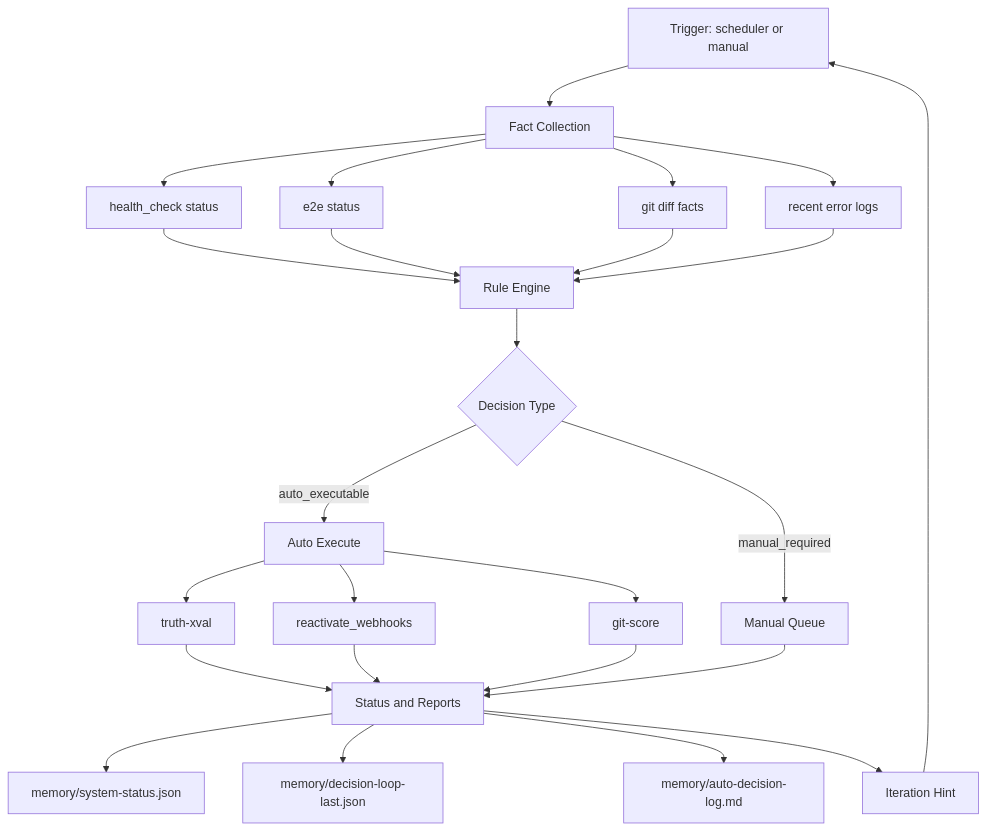
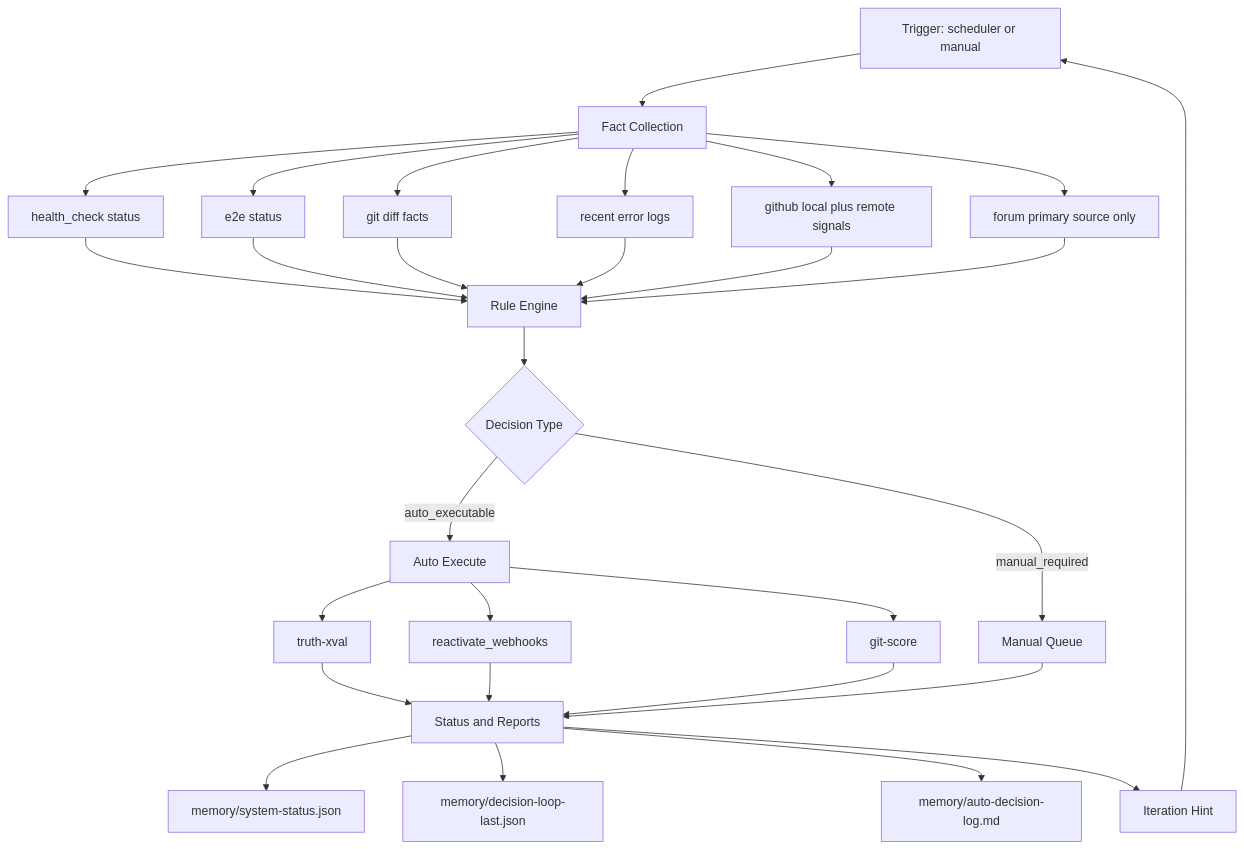
Before and after one commit to RYN6666999/meta-agent: the first of 3 diagrams in docs/project-execution-flow.md, drawn with Mermaid. The commit also changed other lines of this file and 13 other files, not shown here.

````diff
--- a/docs/project-execution-flow.md
+++ b/docs/project-execution-flow.md
@@ -8,44 +9,48 @@
 ```mermaid
 flowchart TD
     T[Trigger: scheduler or manual]
     F[Fact Collection]
     R[Rule Engine]
     D{Decision Type}
     A[Auto Execute]
     M[Manual Queue]
     S[Status and Reports]
     I[Iteration Hint]
 
     T --> F
 
     F --> F1[health_check status]
     F --> F2[e2e status]
     F --> F3[git diff facts]
     F --> F4[recent error logs]
+    F --> F5[github local plus remote signals]
+    F --> F6[forum primary source only]
 
     F1 --> R
     F2 --> R
     F3 --> R
     F4 --> R
+    F5 --> R
+    F6 --> R
 
     R --> D
 
     D -- auto_executable --> A
     D -- manual_required --> M
 
     A --> A1[truth-xval]
     A --> A2[reactivate_webhooks]
     A --> A3[git-score]
 
     A1 --> S
     A2 --> S
     A3 --> S
     M --> S
 
     S --> S1[memory/system-status.json]
     S --> S2[memory/decision-loop-last.json]
     S --> S3[memory/auto-decision-log.md]
 
     S --> I
     I --> T
 ```
````
